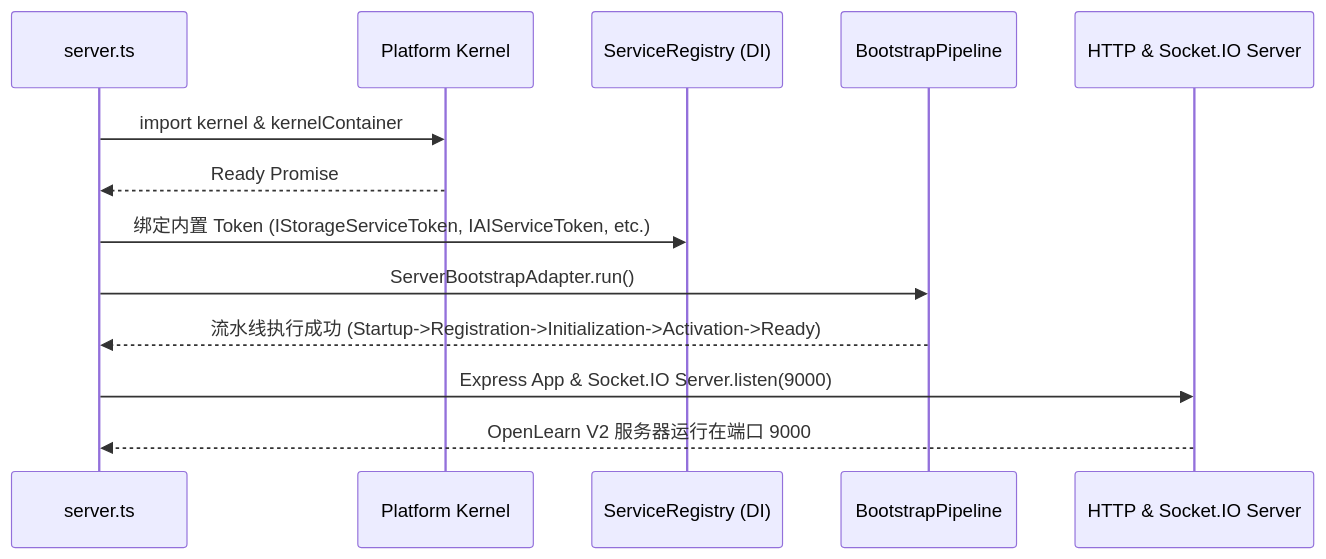
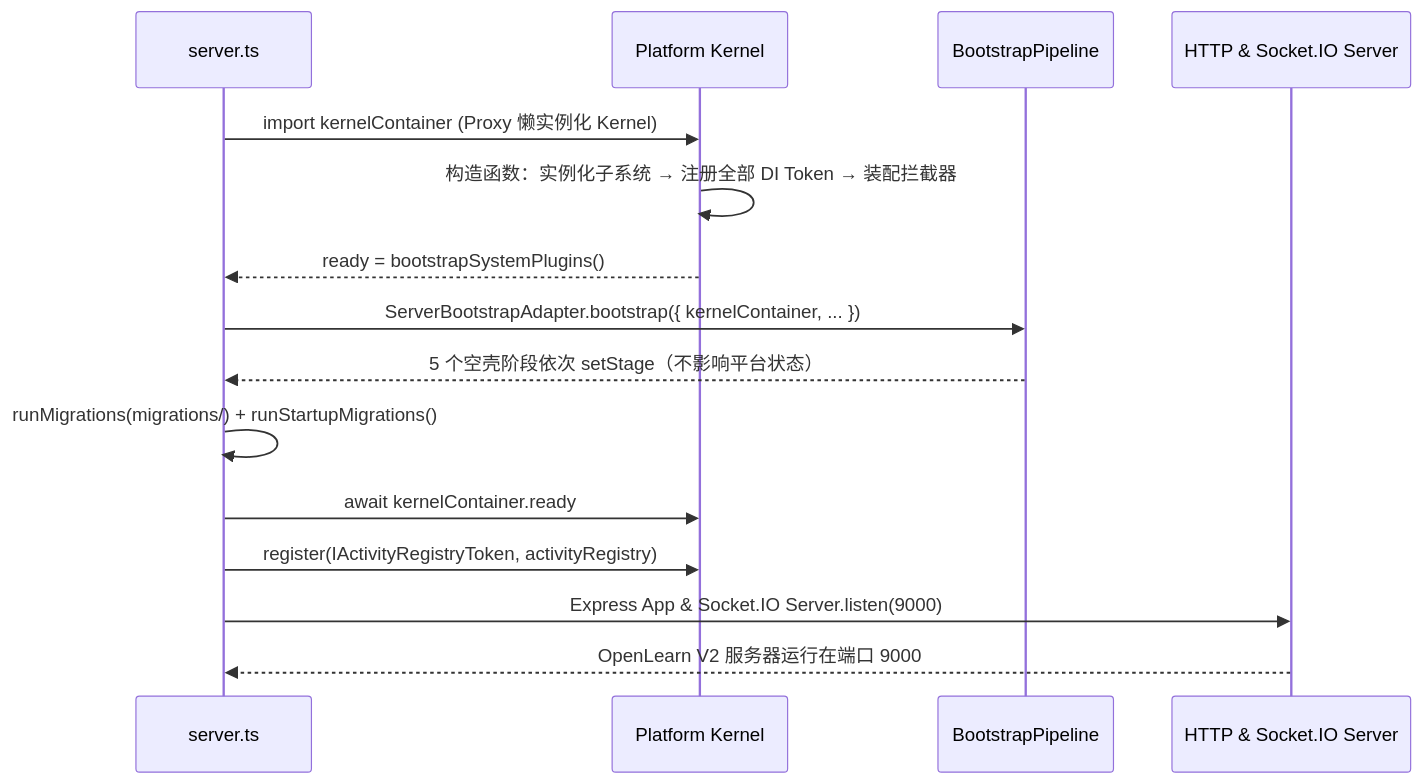
The diagram in docs/architecture/composition-root.md (aymwoo/OpenLearn-Next-V2), drawn with Mermaid before and after one commit. The commit also changed other lines of this file and 52 other files, not shown here.

````diff
--- a/docs/architecture/composition-root.md
+++ b/docs/architecture/composition-root.md
@@ -32,16 +51,18 @@
 ```mermaid
 sequenceDiagram
     participant Main as server.ts
     participant Kernel as Platform Kernel
-    participant DI as ServiceRegistry (DI)
     participant Pipeline as BootstrapPipeline
     participant Server as HTTP & Socket.IO Server
 
-    Main->>Kernel: import kernel & kernelContainer
-    Kernel-->>Main: Ready Promise
-    Main->>DI: 绑定内置 Token (IStorageServiceToken, IAIServiceToken, etc.)
-    Main->>Pipeline: ServerBootstrapAdapter.run()
-    Pipeline-->>Main: 流水线执行成功 (Startup->Registration->Initialization->Activation->Ready)
+    Main->>Kernel: import kernelContainer (Proxy 懒实例化 Kernel)
+    Kernel->>Kernel: 构造函数：实例化子系统 → 注册全部 DI Token → 装配拦截器
+    Kernel-->>Main: ready = bootstrapSystemPlugins()
+    Main->>Pipeline: ServerBootstrapAdapter.bootstrap({ kernelContainer, ... })
+    Pipeline-->>Main: 5 个空壳阶段依次 setStage（不影响平台状态）
+    Main->>Main: runMigrations(migrations/) + runStartupMigrations()
+    Main->>Kernel: await kernelContainer.ready
+    Main->>Kernel: register(IActivityRegistryToken, activityRegistry)
     Main->>Server: Express App & Socket.IO Server.listen(9000)
     Server-->>Main: OpenLearn V2 服务器运行在端口 9000
 ```
````
